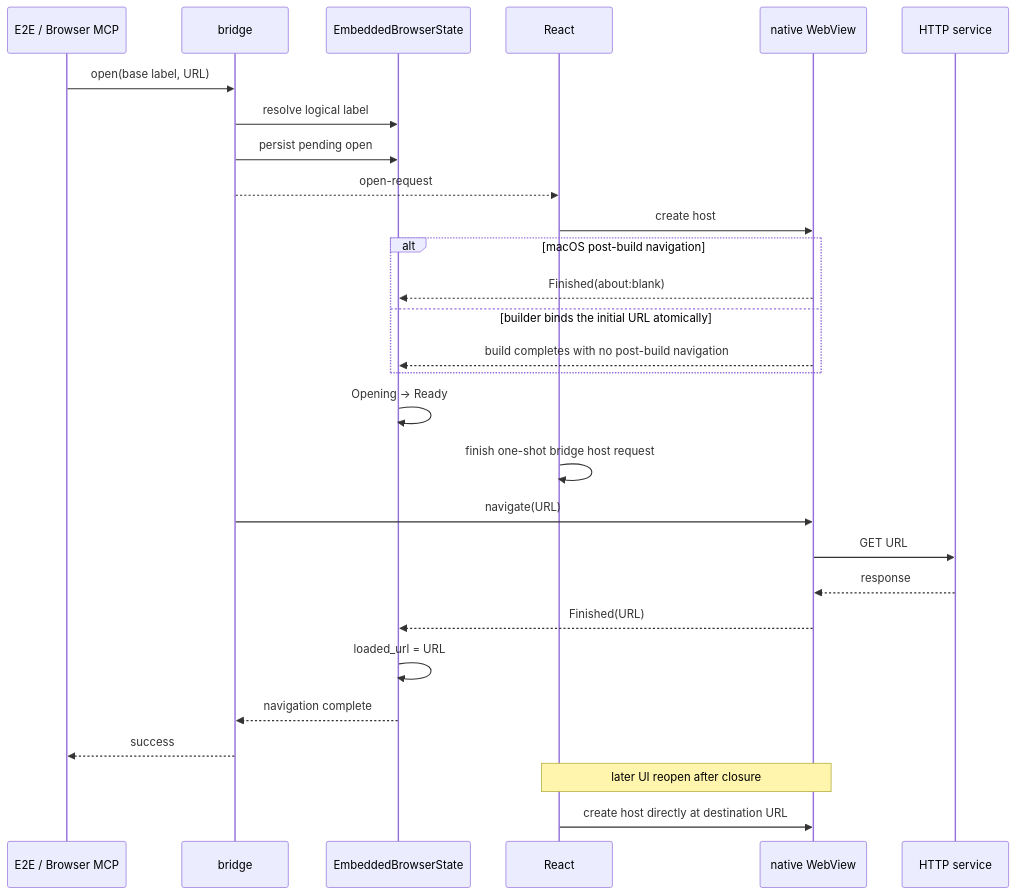
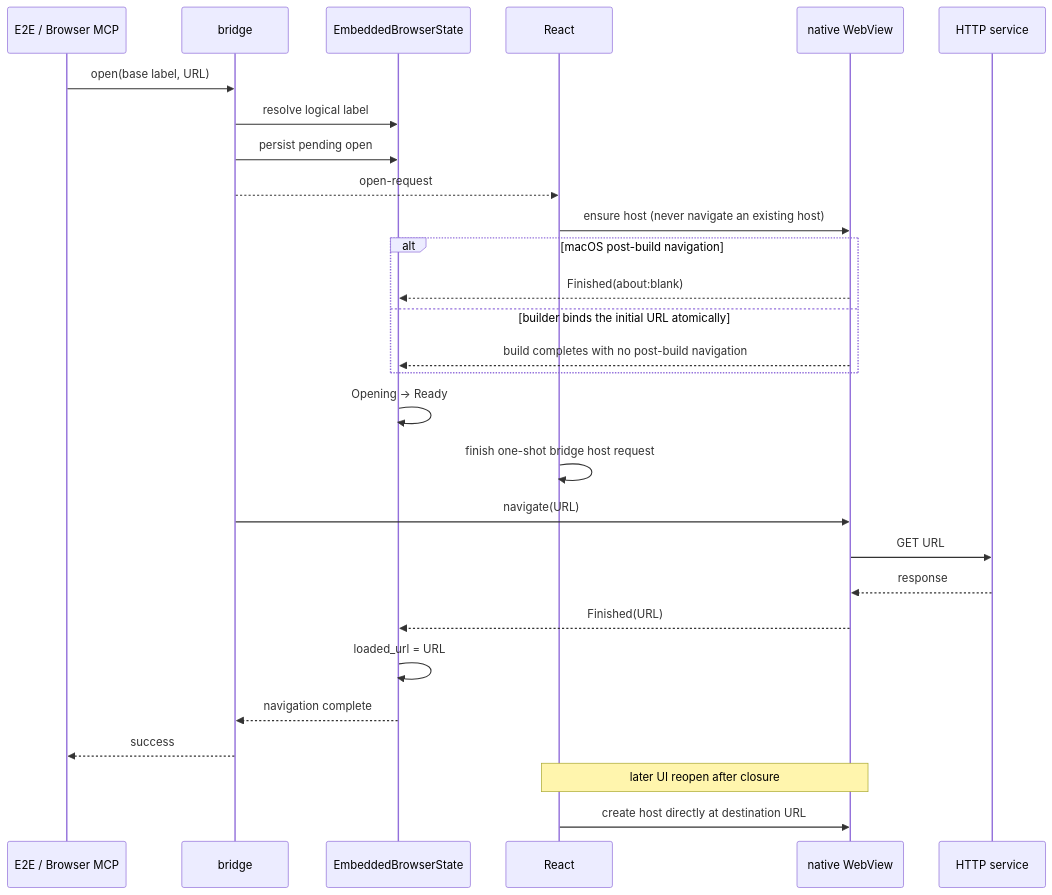
Before and after one commit to wecode-ai/Wegent: the second of 2 diagrams in docs/en/architecture/embedded-browser.md, drawn with Mermaid. The commit also changed other lines of this file and 5 other files, not shown here.

````diff
--- a/docs/en/architecture/embedded-browser.md
+++ b/docs/en/architecture/embedded-browser.md
@@ -31,32 +31,32 @@
 ```mermaid
 sequenceDiagram
     participant C as E2E / Browser MCP
     participant B as bridge
     participant S as EmbeddedBrowserState
     participant R as React
     participant W as native WebView
     participant H as HTTP service
 
     C->>B: open(base label, URL)
     B->>S: resolve logical label
     B->>S: persist pending open
     B-->>R: open-request
-    R->>W: create host
+    R->>W: ensure host (never navigate an existing host)
     alt macOS post-build navigation
         W-->>S: Finished(about:blank)
     else builder binds the initial URL atomically
         W-->>S: build completes with no post-build navigation
     end
     S->>S: Opening -> Ready
     R->>R: finish one-shot bridge host request
     B->>W: navigate(URL)
     W->>H: GET URL
     H-->>W: response
     W-->>S: Finished(URL)
     S->>S: loaded_url = URL
     S-->>B: navigation complete
     B-->>C: success
 
     Note over R,W: later UI reopen after closure
     R->>W: create host directly at destination URL
 ```
````
